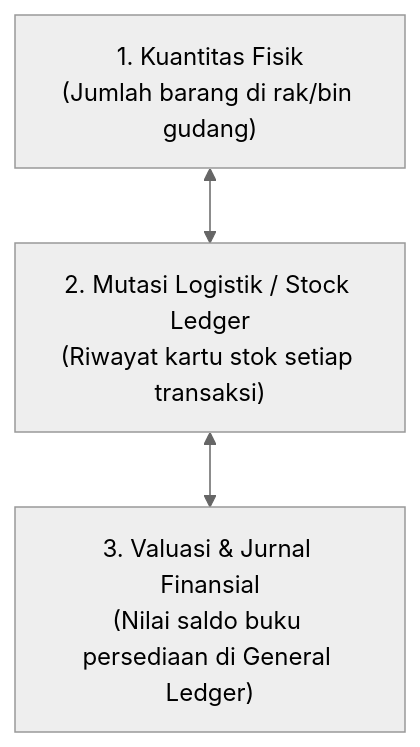
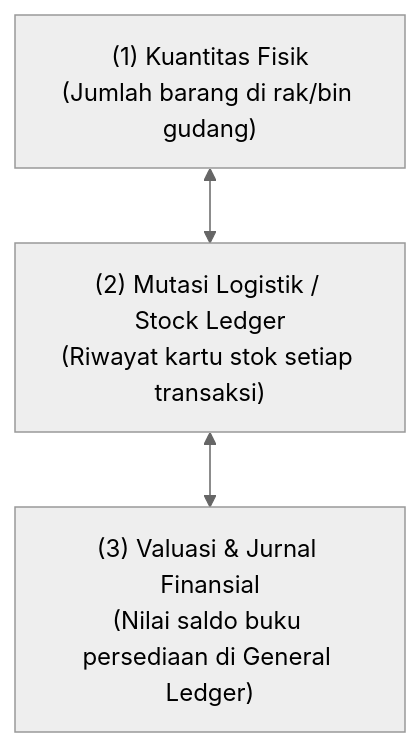
One commit to alimurrofid/erp-notes changed the first of 2 diagrams in content/01-business-processes/inventory-process.md. Above: the diagram before and after it, drawn with Mermaid (neutral theme). The commit also changed other lines of this file and 132 other files, not shown here.

````diff
--- a/content/01-business-processes/inventory-process.md
+++ b/content/01-business-processes/inventory-process.md
@@ -13,6 +13,6 @@
 ```mermaid
 flowchart TD
-    Phys["1. Kuantitas Fisik<br/>(Jumlah barang di rak/bin gudang)"]
-    <--> Mov["2. Mutasi Logistik / Stock Ledger<br/>(Riwayat kartu stok setiap transaksi)"]
-    <--> Val["3. Valuasi & Jurnal Finansial<br/>(Nilai saldo buku persediaan di General Ledger)"]
+    Phys["(1) Kuantitas Fisik<br/>(Jumlah barang di rak/bin gudang)"]
+    <--> Mov["(2) Mutasi Logistik / Stock Ledger<br/>(Riwayat kartu stok setiap transaksi)"]
+    <--> Val["(3) Valuasi & Jurnal Finansial<br/>(Nilai saldo buku persediaan di General Ledger)"]
 ```
````
